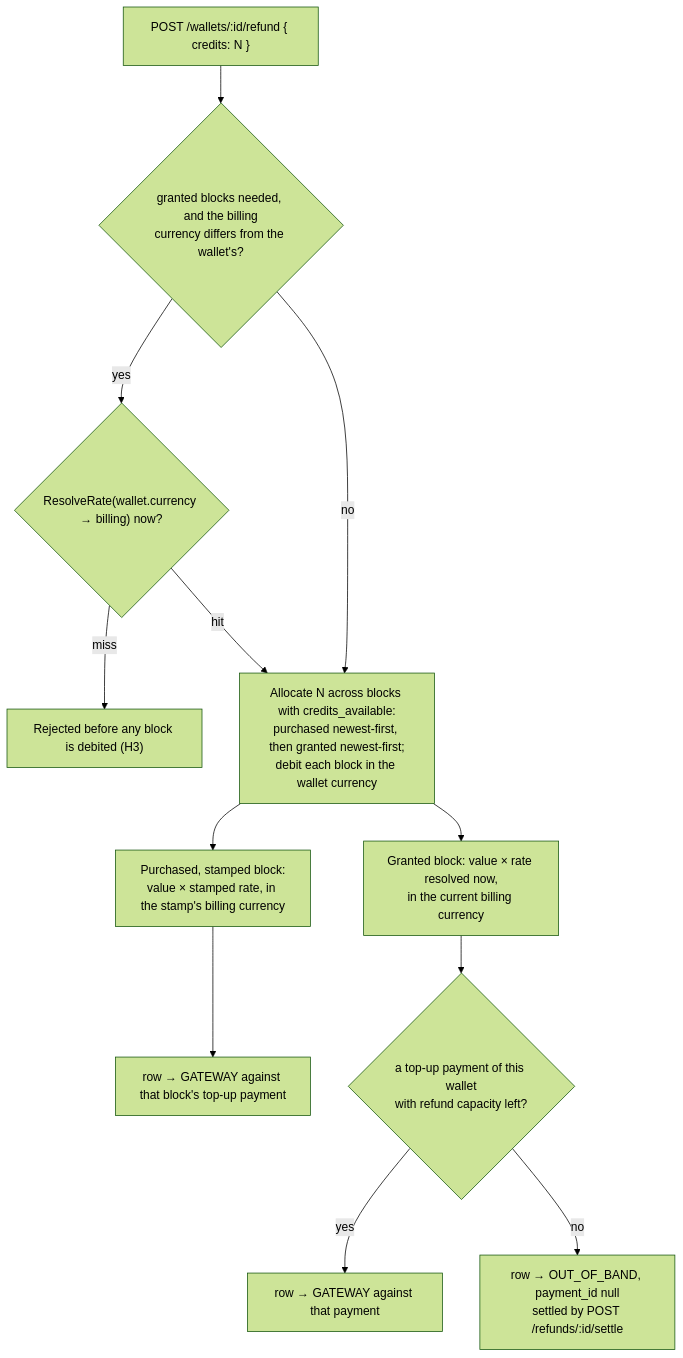
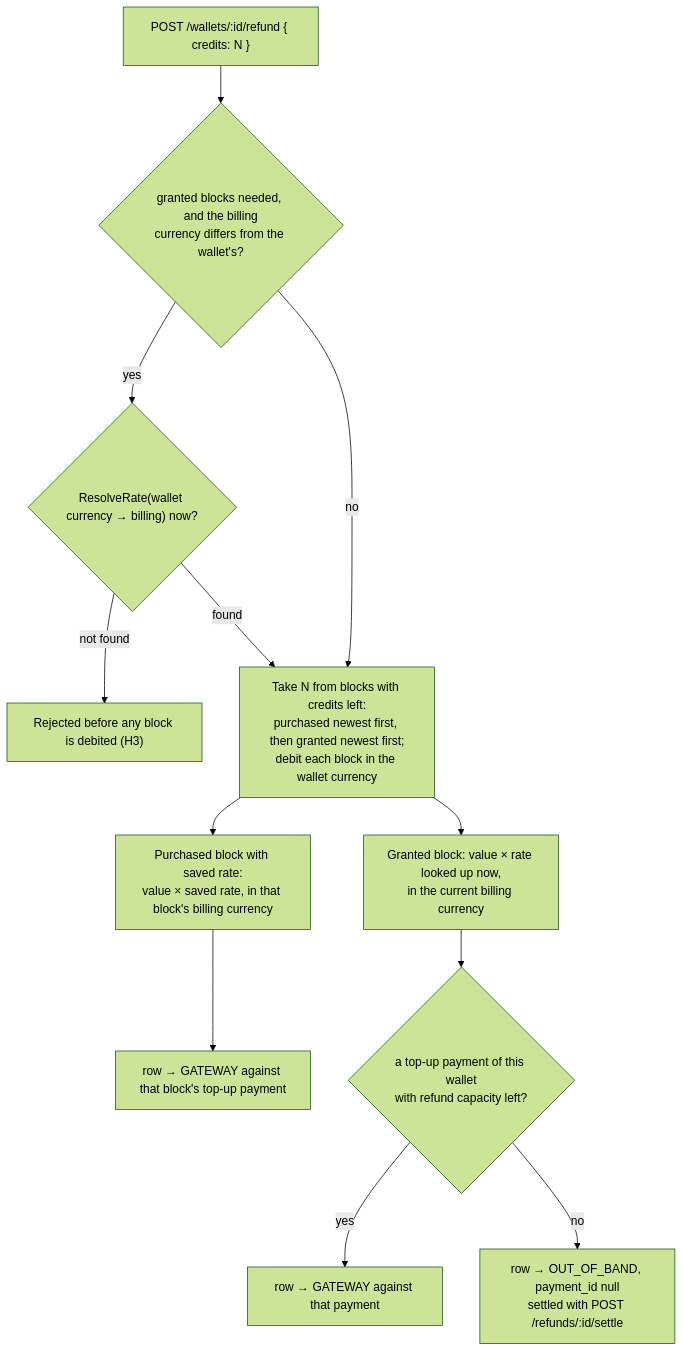
One commit to aghijap/flexprice-FLE-1411 changed the third of 5 diagrams in docs/design/2026-09-26-FLE-1383-adaptive-multi-currency-phase2-erd.md. Above: the diagram before and after it, drawn with Mermaid (forest theme). The commit also changed other lines of this file and 1 other file, not shown here.

````diff
--- a/docs/design/2026-09-26-FLE-1383-adaptive-multi-currency-phase2-erd.md
+++ b/docs/design/2026-09-26-FLE-1383-adaptive-multi-currency-phase2-erd.md
@@ -235,14 +240,14 @@
 ```mermaid
 flowchart TD
     A["POST /wallets/:id/refund { credits: N }"] --> G{"granted blocks needed, and the billing<br/>currency differs from the wallet's?"}
-    G -- yes --> RR{"ResolveRate(wallet.currency → billing) now?"}
-    RR -- miss --> REJ["Rejected before any block is debited (H3)"]
-    RR -- hit --> ALLOC
-    G -- no --> ALLOC["Allocate N across blocks with credits_available:<br/>purchased newest-first, then granted newest-first;<br/>debit each block in the wallet currency"]
-    ALLOC --> P["Purchased, stamped block:<br/>value × stamped rate, in the stamp's billing currency"]
+    G -- yes --> RR{"ResolveRate(wallet currency → billing) now?"}
+    RR -- "not found" --> REJ["Rejected before any block is debited (H3)"]
+    RR -- found --> ALLOC
+    G -- no --> ALLOC["Take N from blocks with credits left:<br/>purchased newest first, then granted newest first;<br/>debit each block in the wallet currency"]
+    ALLOC --> P["Purchased block with saved rate:<br/>value × saved rate, in that block's billing currency"]
     P --> PGW["row → GATEWAY against that block's top-up payment"]
-    ALLOC --> GR["Granted block: value × rate resolved now,<br/>in the current billing currency"]
+    ALLOC --> GR["Granted block: value × rate looked up now,<br/>in the current billing currency"]
     GR --> CAP{"a top-up payment of this wallet<br/>with refund capacity left?"}
     CAP -- yes --> GW["row → GATEWAY against that payment"]
-    CAP -- no --> OOB["row → OUT_OF_BAND, payment_id null<br/>settled by POST /refunds/:id/settle"]
+    CAP -- no --> OOB["row → OUT_OF_BAND, payment_id null<br/>settled with POST /refunds/:id/settle"]
 ```
````
